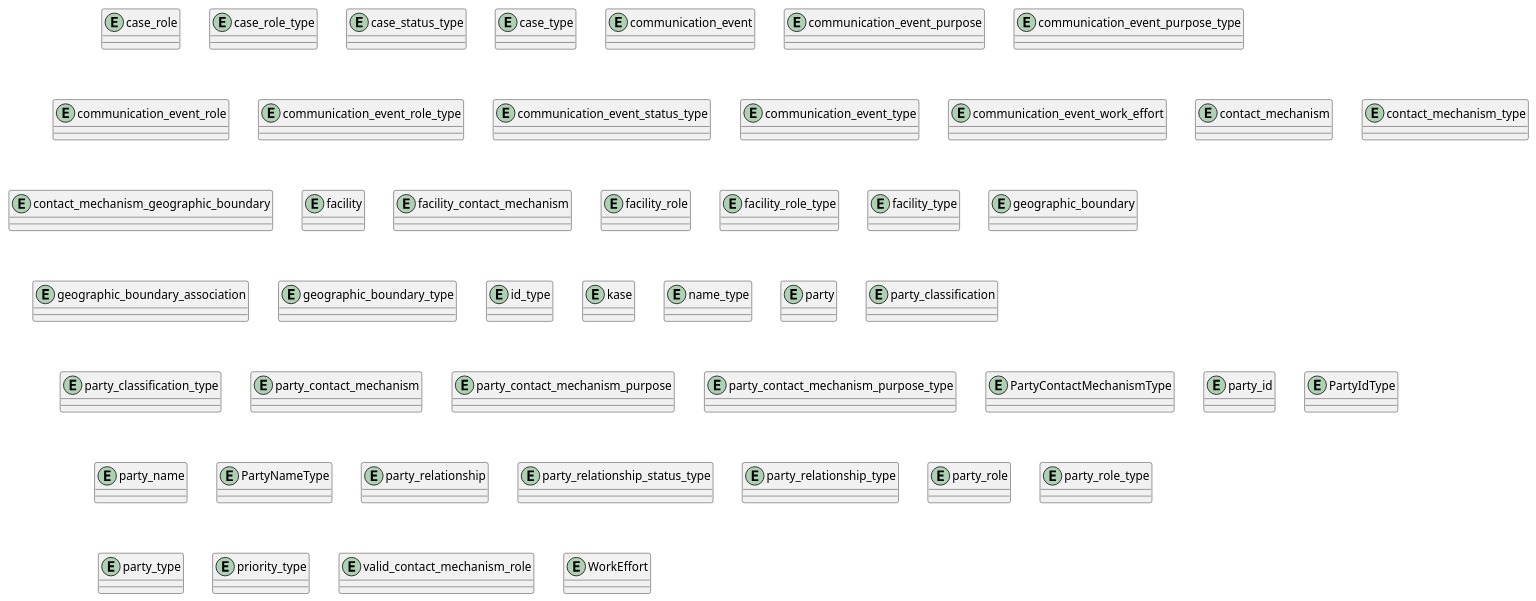
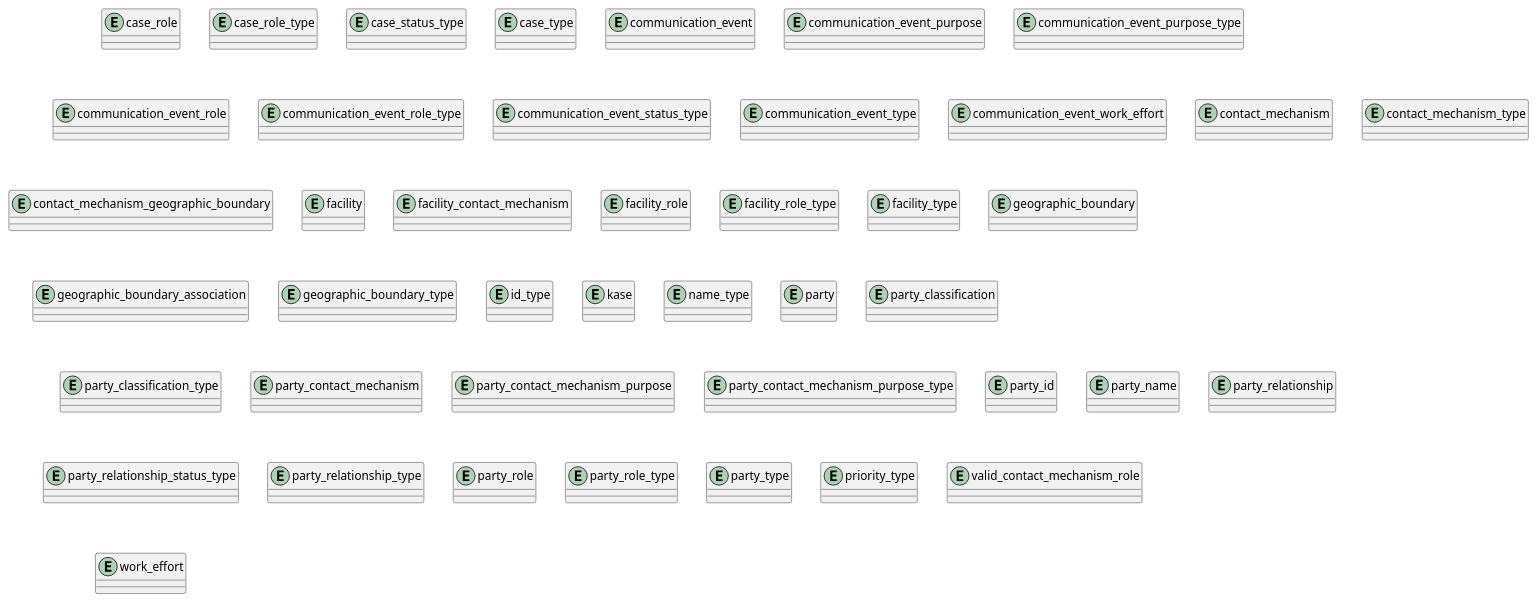
The diagram in ERD/Entities.puml (ErpMicroServices/people_and_organizations-database), drawn with PlantUML before and after one commit. The commit also changed 3 other files, not shown here.

```diff
--- a/ERD/Entities.puml
+++ b/ERD/Entities.puml
@@ -1,96 +1,96 @@
 @startuml entities
 ' hide the spot
 ' hide circle
 
 ' avoid problems with angled crows feet
 skinparam linetype ortho
 
 entity case_role {}
 entity case_role_type {}
 
 entity case_status_type {}
 
 entity case_type {}
 
 entity communication_event {}
 
 entity communication_event_purpose {}
 
 entity communication_event_purpose_type {}
 
 entity communication_event_role {}
 
 entity communication_event_role_type {}
 
 entity communication_event_status_type {}
 
 entity communication_event_type {}
 
 entity communication_event_work_effort {}
 
 entity contact_mechanism {}
 
 entity contact_mechanism_type {}
 
 entity contact_mechanism_geographic_boundary {}
 
 entity facility {}
 
 entity facility_contact_mechanism {}
 
 entity facility_role {}
 
 entity facility_role_type {}
 
 entity facility_type {}
 
 entity geographic_boundary {}
 
 entity geographic_boundary_association {}
 
 entity geographic_boundary_type {}
 
 entity id_type {}
 
 entity kase {}
 
 entity name_type {}
 
 entity party {}
 
 entity party_classification {}
 
 entity party_classification_type {}
 
 entity party_contact_mechanism {}
 
 entity party_contact_mechanism_purpose {}
 
 entity party_contact_mechanism_purpose_type {}
 
-entity PartyContactMechanismType {}
+entity communication_event_status_type {}
 
 entity party_id {}
 
-entity PartyIdType{}
+entity id_type{}
 
 entity party_name {}
 
-entity PartyNameType {}
+entity name_type {}
 
 entity party_relationship {}
 
 entity party_relationship_status_type {}
 entity party_relationship_type {}
 
 entity party_role {}
 
 entity party_role_type{}
 
 entity party_type {}
 
 entity priority_type{}
 
 entity valid_contact_mechanism_role {}
-entity WorkEffort {}
+entity work_effort {}
 @enduml
```
